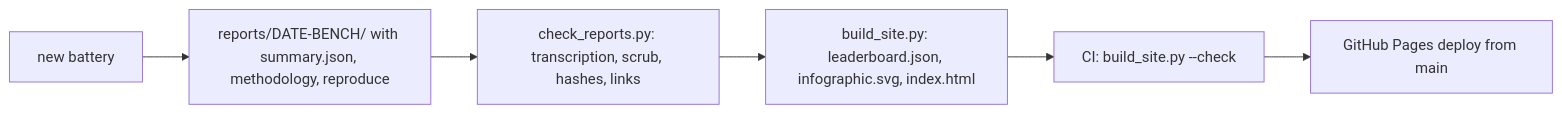
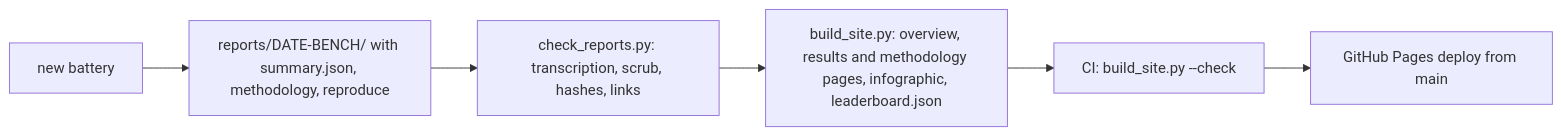
Before and after one commit to laceyenterprises/searchlight: the sixth of 7 diagrams in README.md, drawn with Mermaid. The commit also changed other lines of this file and 9 other files, not shown here.

````diff
--- a/README.md
+++ b/README.md
@@ -359,8 +365,8 @@
 ```mermaid
 flowchart LR
   N["new battery"] --> R["reports/DATE-BENCH/ with summary.json, methodology, reproduce"]
   R --> C["check_reports.py: transcription, scrub, hashes, links"]
-  C --> B["build_site.py: leaderboard.json, infographic.svg, index.html"]
+  C --> B["build_site.py: overview, results and methodology pages, infographic, leaderboard.json"]
   B --> K["CI: build_site.py --check"]
   K --> P["GitHub Pages deploy from main"]
 ```
````
